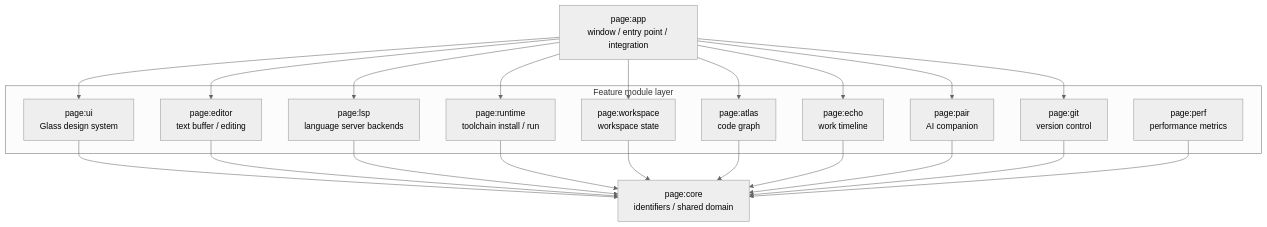
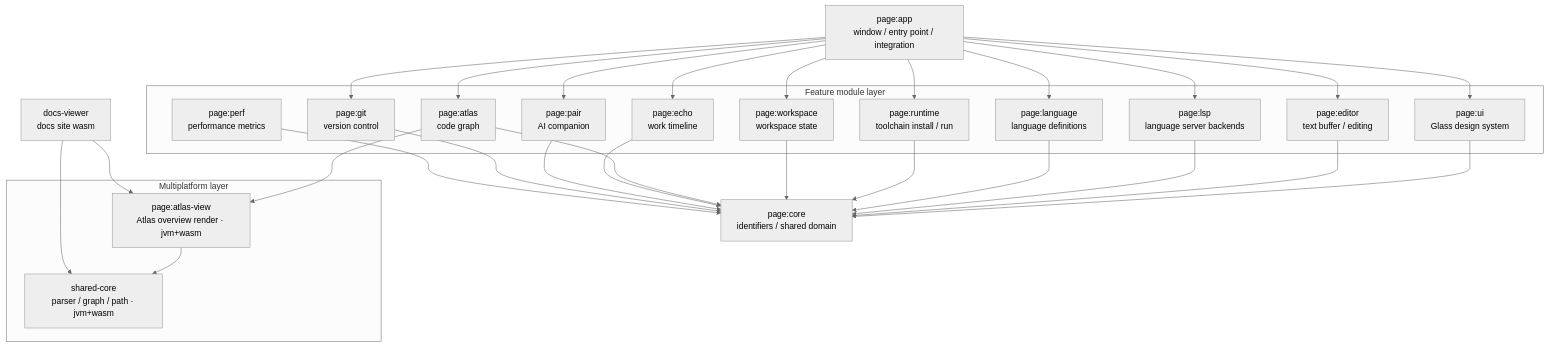
One commit to Monkshark/PAGE_IDE changed the diagram in README_en.md. Above: the diagram before and after it, drawn with Mermaid (neutral theme). The commit also changed other lines of this file and 1 other file, not shown here.

````diff
--- a/README_en.md
+++ b/README_en.md
@@ -56,22 +56,32 @@
 ```mermaid
 graph TD
     app[page:app<br/>window / entry point / integration]
+    docs[docs-viewer<br/>docs site wasm]
 
     subgraph Feature module layer
         ui[page:ui<br/>Glass design system]
         editor[page:editor<br/>text buffer / editing]
         lsp[page:lsp<br/>language server backends]
+        language[page:language<br/>language definitions]
         runtime[page:runtime<br/>toolchain install / run]
         workspace[page:workspace<br/>workspace state]
         atlas[page:atlas<br/>code graph]
         echo[page:echo<br/>work timeline]
         pair[page:pair<br/>AI companion]
         git[page:git<br/>version control]
         perf[page:perf<br/>performance metrics]
     end
 
+    subgraph Multiplatform layer
+        atlasview[page:atlas-view<br/>Atlas overview render · jvm+wasm]
+        shared[shared-core<br/>parser / graph / path · jvm+wasm]
+    end
+
     core[page:core<br/>identifiers / shared domain]
 
-    app --> ui & editor & lsp & runtime & workspace & atlas & echo & pair & git
-    ui & editor & lsp & runtime & workspace & atlas & echo & pair & git & perf --> core
+    app --> ui & editor & lsp & language & runtime & workspace & atlas & echo & pair & git
+    ui & editor & lsp & language & runtime & workspace & atlas & echo & pair & git & perf --> core
+    atlas --> atlasview
+    atlasview --> shared
+    docs --> atlasview & shared
 ```
````
